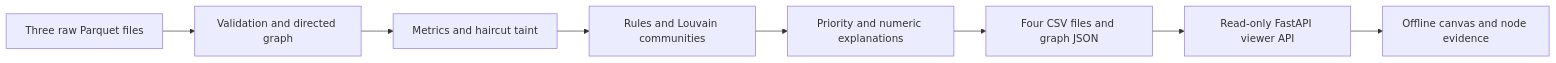
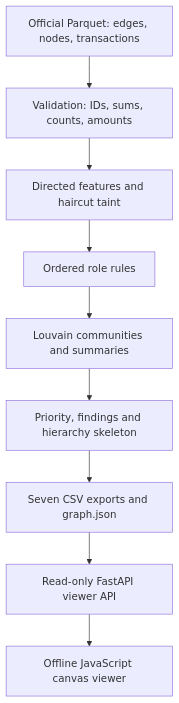
One commit to BAITC-Hacks/hack-b6172601-kairos changed the diagram in README.md. Above: the diagram before and after it, drawn with Mermaid. The commit also changed other lines of this file and 3 other files, not shown here.

Commit message:
H3: document the verified Money Graph jury scenario

````diff
--- a/README.md
+++ b/README.md
@@ -52,10 +71,11 @@
 ```mermaid
-flowchart LR
-  A[Three raw Parquet files] --> B[Validation and directed graph]
-  B --> C[Metrics and haircut taint]
-  C --> D[Rules and Louvain communities]
-  D --> E[Priority and numeric explanations]
-  E --> F[Four CSV files and graph JSON]
-  F --> G[Read-only FastAPI viewer API]
-  G --> H[Offline canvas and node evidence]
+flowchart TD
+  P["Official Parquet: edges, nodes, transactions"] --> V["Validation: IDs, sums, counts, amounts"]
+  V --> M["Directed features and haircut taint"]
+  M --> R["Ordered role rules"]
+  R --> C["Louvain communities and summaries"]
+  C --> F["Priority, findings and hierarchy skeleton"]
+  F --> O["Seven CSV exports and graph.json"]
+  O --> A["Read-only FastAPI viewer API"]
+  A --> U["Offline JavaScript canvas viewer"]
 ```
````
